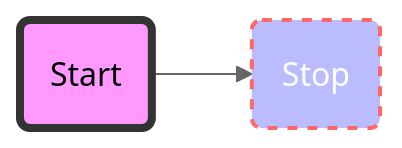
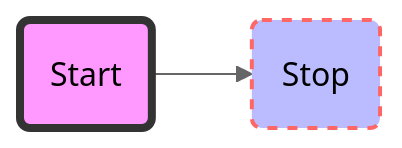
Diagram 50 of 55 in docs/syntax/flowchart.md (mermaid-js/mermaid), drawn with Mermaid (neutral theme) before and after one commit. The commit also changed other lines of this file and 3 other files, not shown here.

````diff
--- a/docs/syntax/flowchart.md
+++ b/docs/syntax/flowchart.md
@@ -994,6 +994,6 @@
 ```mermaid
 flowchart LR
     id1(Start)-->id2(Stop)
     style id1 fill:#f9f,stroke:#333,stroke-width:4px
-    style id2 fill:#bbf,stroke:#f66,stroke-width:2px,color:#fff,stroke-dasharray: 5 5
+    style id2 fill:#bbf,stroke:#f66,stroke-width:2px,color:#000000,stroke-dasharray: 5 5
 ```
````
